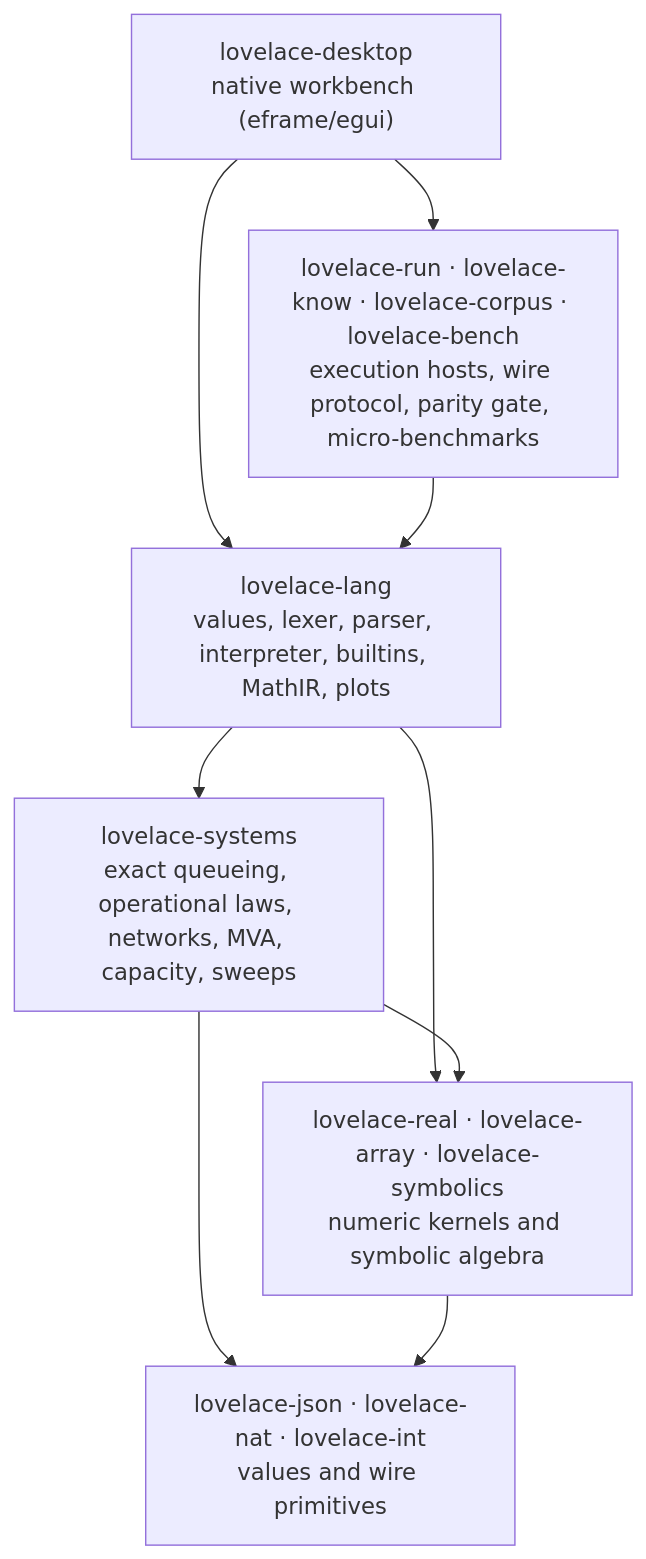
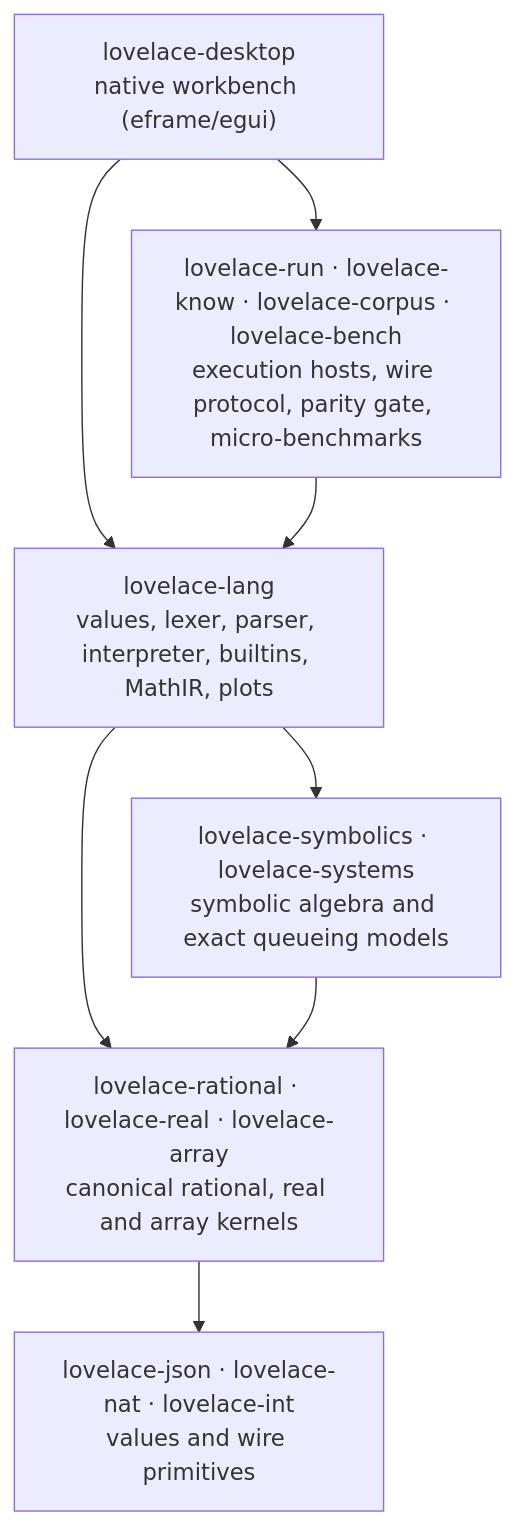
One commit to jjackbauer/RustLace changed the diagram in docs/architecture.md. Above: the diagram before and after it, drawn with Mermaid. The commit also changed other lines of this file and 94 other files, not shown here.

First line of the commit message:
feat!: one shared rational kernel and enforced architecture policy

````diff
--- a/docs/architecture.md
+++ b/docs/architecture.md
@@ -6,18 +8,17 @@
 ```mermaid
 flowchart TB
     ui["lovelace-desktop<br/>native workbench (eframe/egui)"]
     host["lovelace-run · lovelace-know · lovelace-corpus · lovelace-bench<br/>execution hosts, wire protocol, parity gate, micro-benchmarks"]
     lang["lovelace-lang<br/>values, lexer, parser, interpreter, builtins, MathIR, plots"]
-    sys["lovelace-systems<br/>exact queueing, operational laws, networks, MVA, capacity, sweeps"]
-    num["lovelace-real · lovelace-array · lovelace-symbolics<br/>numeric kernels and symbolic algebra"]
+    dom["lovelace-symbolics · lovelace-systems<br/>symbolic algebra and exact queueing models"]
+    num["lovelace-rational · lovelace-real · lovelace-array<br/>canonical rational, real and array kernels"]
     val["lovelace-json · lovelace-nat · lovelace-int<br/>values and wire primitives"]
 
     ui --> host
     ui --> lang
     host --> lang
-    lang --> sys
+    lang --> dom
     lang --> num
-    sys --> num
-    sys --> val
+    dom --> num
     num --> val
 ```
````
